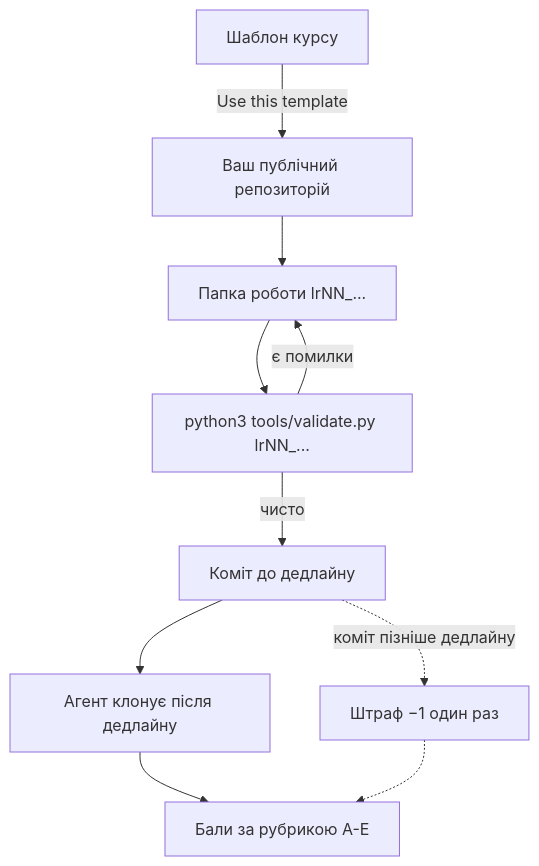
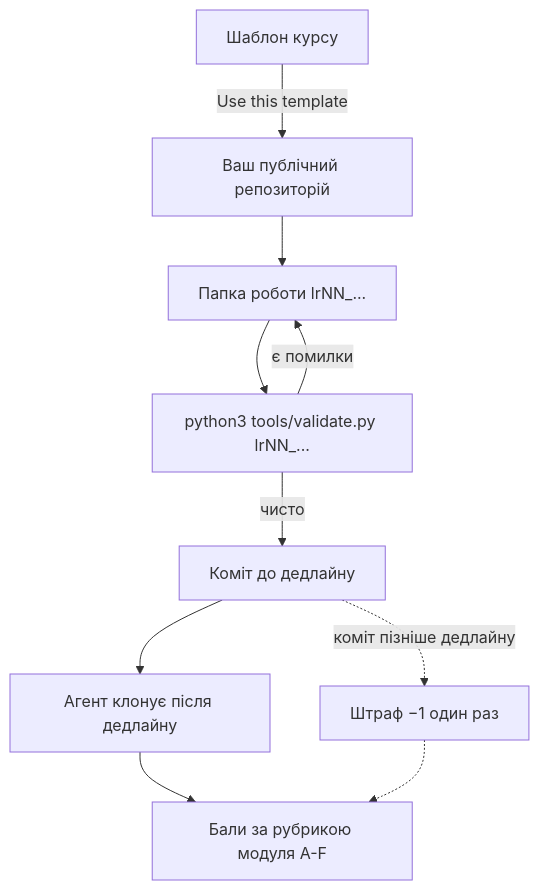
One commit to LyahovchukSergiy/pm-2026-template changed the diagram in README.md. Above: the diagram before and after it, drawn with Mermaid. The commit also changed other lines of this file and 8 other files, not shown here.

Commit message:
Оновлення шаблону, схеми артефактів v1.4.0

````diff
--- a/README.md
+++ b/README.md
@@ -69,12 +62,12 @@
 ```mermaid
 flowchart TD
   T["Шаблон курсу"] -->|Use this template| R["Ваш публічний репозиторій"]
   R --> W["Папка роботи lrNN_..."]
   W --> V["python3 tools/validate.py lrNN_..."]
   V -->|є помилки| W
   V -->|чисто| C["Коміт до дедлайну"]
   C --> A["Агент клонує після дедлайну"]
-  A --> S["Бали за рубрикою A-E"]
+  A --> S["Бали за рубрикою модуля A-F"]
   C -.->|коміт пізніше дедлайну| P["Штраф −1 один раз"]
   P -.-> S
 ```
````
